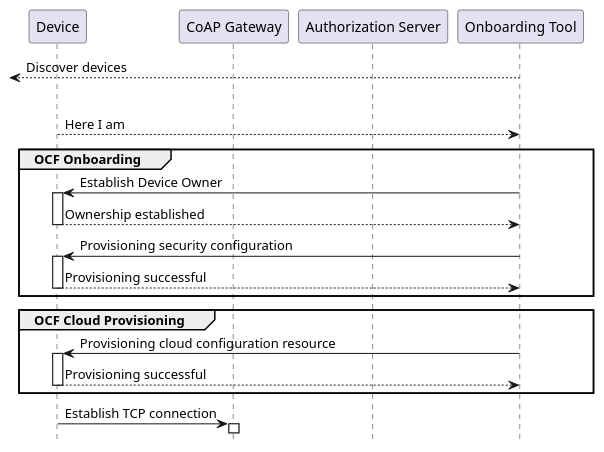
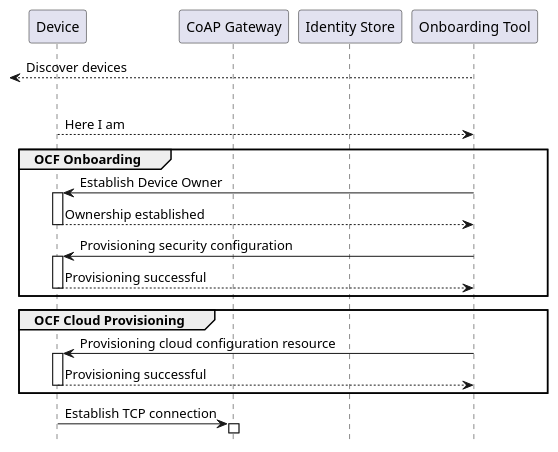
One commit to plgd-dev/doc changed the first of 7 diagrams in content/en/architecture/component-overview.md. Above: the diagram before and after it, drawn with PlantUML. The commit also changed other lines of this file and 15 other files, not shown here.

```diff
--- a/content/en/architecture/component-overview.md
+++ b/content/en/architecture/component-overview.md
@@ -35,26 +35,26 @@
 {{< plantuml id="device-onboarding" >}}
 @startuml Sequence
 skinparam backgroundColor transparent
 hide footbox
 
 participant D as "Device"
 participant CGW as "CoAP Gateway"
-participant AS as "Authorization Server"
+participant IS as "Identity Store"
 participant OBT as "Onboarding Tool"
 
 OBT -->[: Discover devices
 |||
 D --> OBT: Here I am
 group OCF Onboarding
     OBT -> D ++: Establish Device Owner
     return Ownership established
     OBT -> D ++: Provisioning security configuration
     return Provisioning successful
 end
 group OCF Cloud Provisioning
     OBT -> D ++: Provisioning cloud configuration resource
     return Provisioning successful
 end
 D -> CGW ++: Establish TCP connection
 @enduml
 {{< /plantuml >}}
```
